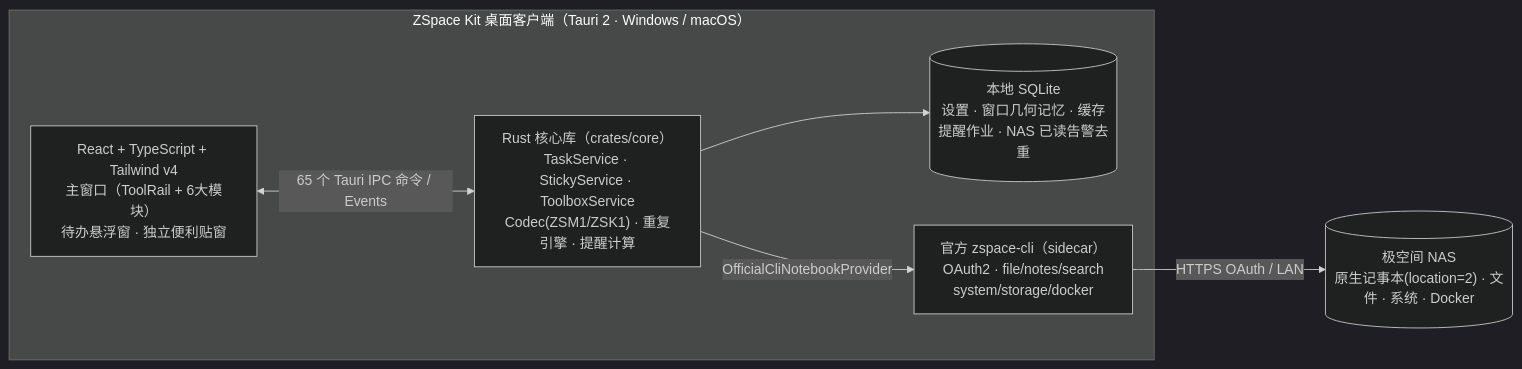
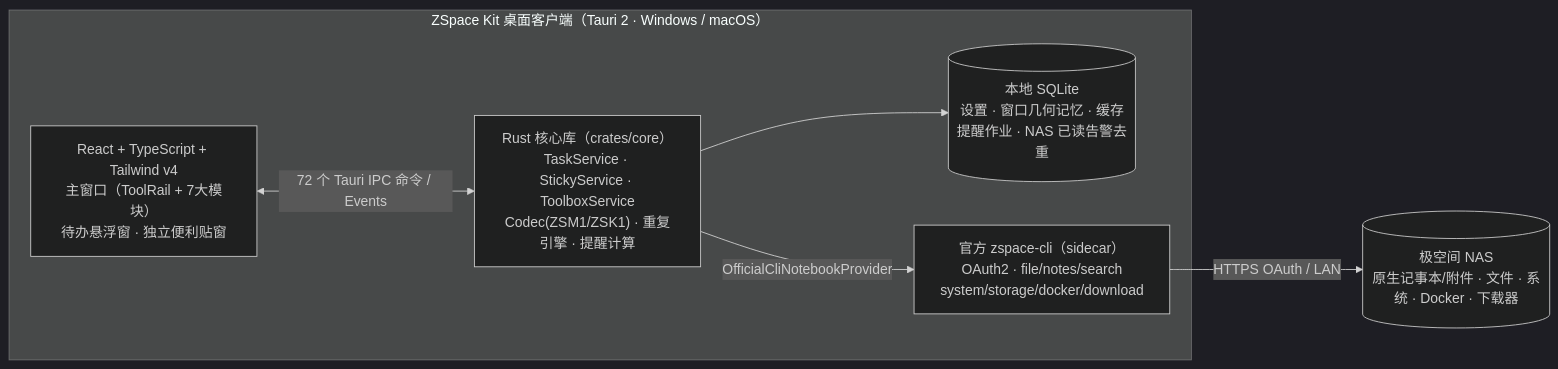
One commit to garyhj/ZSpaceMemo changed the diagram in README.md. Above: the diagram before and after it, drawn with Mermaid (dark theme). The commit also changed other lines of this file and 21 other files, not shown here.

````diff
--- a/README.md
+++ b/README.md
@@ -49,14 +53,14 @@
 ```mermaid
 flowchart LR
   subgraph App["ZSpace Kit 桌面客户端（Tauri 2 · Windows / macOS）"]
-    UI["React + TypeScript + Tailwind v4<br/>主窗口（ToolRail + 6大模块）<br/>待办悬浮窗 · 独立便利贴窗"]
+    UI["React + TypeScript + Tailwind v4<br/>主窗口（ToolRail + 7大模块）<br/>待办悬浮窗 · 独立便利贴窗"]
     CORE["Rust 核心库（crates/core）<br/>TaskService · StickyService · ToolboxService<br/>Codec(ZSM1/ZSK1) · 重复引擎 · 提醒计算"]
     DB[("本地 SQLite<br/>设置 · 窗口几何记忆 · 缓存<br/>提醒作业 · NAS 已读告警去重")]
-    CLI["官方 zspace-cli（sidecar）<br/>OAuth2 · file/notes/search<br/>system/storage/docker"]
+    CLI["官方 zspace-cli（sidecar）<br/>OAuth2 · file/notes/search<br/>system/storage/docker/download"]
   end
-  NAS[("极空间 NAS<br/>原生记事本(location=2) · 文件 · 系统 · Docker")]
+  NAS[("极空间 NAS<br/>原生记事本/附件 · 文件 · 系统 · Docker · 下载器")]
 
-  UI <-->|65 个 Tauri IPC 命令 / Events| CORE
+  UI <-->|72 个 Tauri IPC 命令 / Events| CORE
   CORE --> DB
   CORE -->|OfficialCliNotebookProvider| CLI -->|HTTPS OAuth / LAN| NAS
 ```
````
